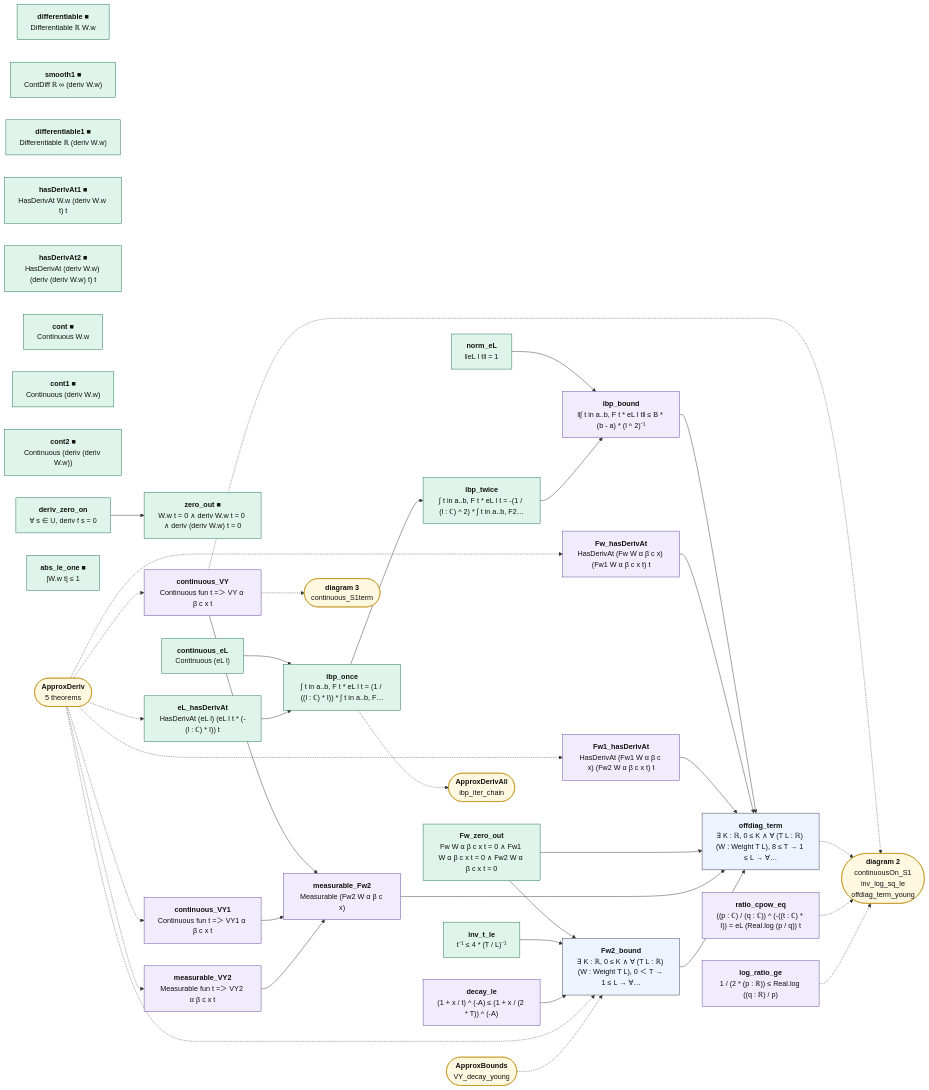
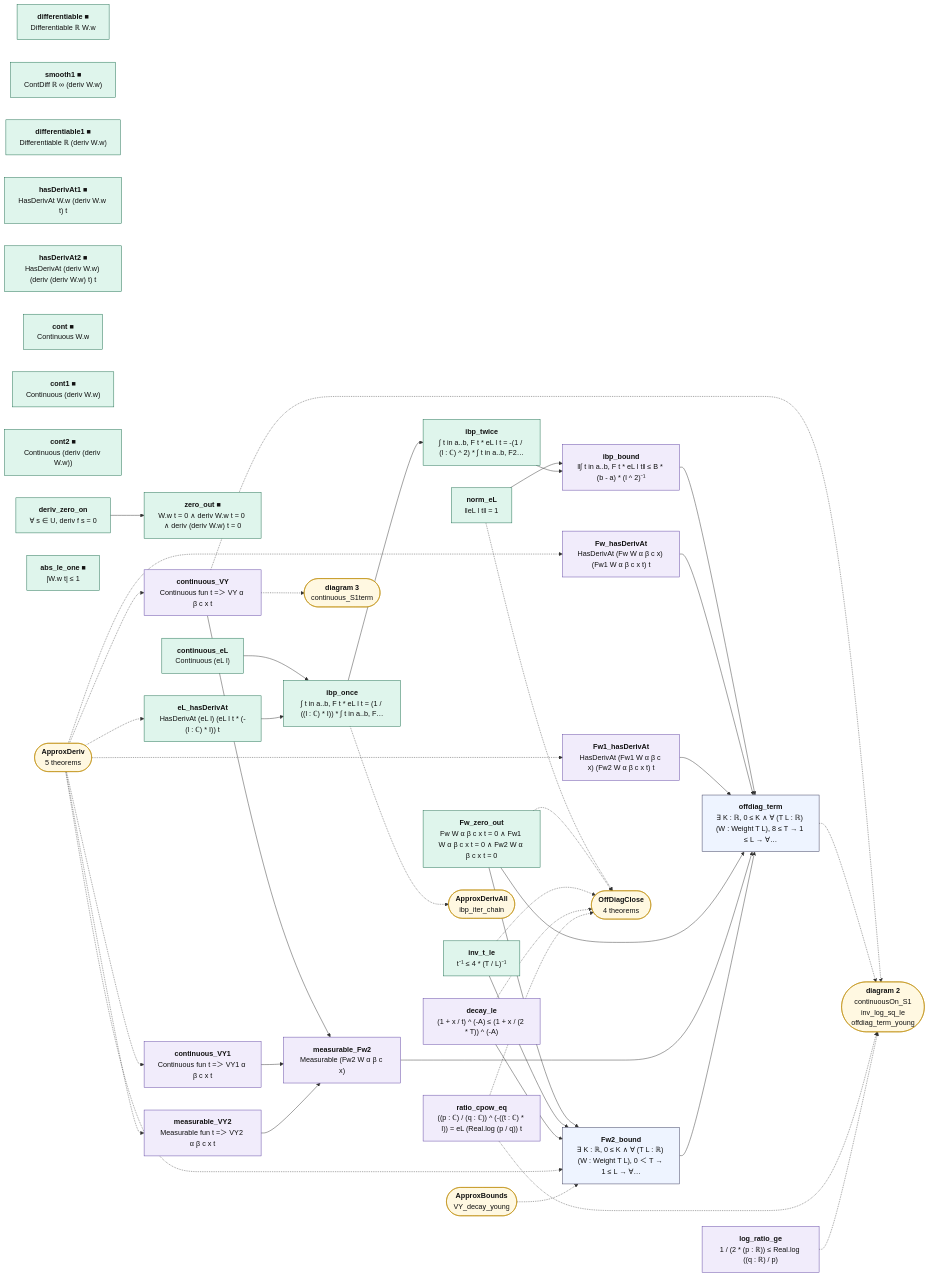
Before and after one commit to juliansambranojr/Primebeat_081426: the diagram in map/lean_stage3/TwistedMoment.1.mmd, drawn with Mermaid. The commit also changed 23 other files, not shown here.

```diff
--- a/map/lean_stage3/TwistedMoment.1.mmd
+++ b/map/lean_stage3/TwistedMoment.1.mmd
@@ -1,76 +1,82 @@
 flowchart LR
   n0["<b>differentiable ■</b><br/>Differentiable ℝ W.w"]:::cnt
   n1["<b>smooth1 ■</b><br/>ContDiff ℝ ∞ (deriv W.w)"]:::cnt
   n2["<b>differentiable1 ■</b><br/>Differentiable ℝ (deriv W.w)"]:::cnt
   n3["<b>hasDerivAt1 ■</b><br/>HasDerivAt W.w (deriv W.w t) t"]:::cnt
   n4["<b>hasDerivAt2 ■</b><br/>HasDerivAt (deriv W.w) (deriv (deriv W.w) t) t"]:::cnt
   n5["<b>cont ■</b><br/>Continuous W.w"]:::cnt
   n6["<b>cont1 ■</b><br/>Continuous (deriv W.w)"]:::cnt
   n7["<b>cont2 ■</b><br/>Continuous (deriv (deriv W.w))"]:::cnt
   n8["<b>deriv_zero_on</b><br/>∀ s ∈ U, deriv f s = 0"]:::cnt
   n9["<b>zero_out ■</b><br/>W.w t = 0 ∧ deriv W.w t = 0 ∧ deriv (deriv W.w) t = 0"]:::cnt
   n10["<b>abs_le_one ■</b><br/>|W.w t| ≤ 1"]:::cnt
   n11["<b>continuous_eL</b><br/>Continuous (eL l)"]:::cnt
   n12["<b>eL_hasDerivAt</b><br/>HasDerivAt (eL l) (eL l t * (-(l : ℂ) * I)) t"]:::cnt
   n13["<b>norm_eL</b><br/>‖eL l t‖ = 1"]:::cnt
   n14["<b>ibp_once</b><br/>∫ t in a..b, F t * eL l t = (1 / ((l : ℂ) * I)) * ∫ t in a..b, F…"]:::cnt
   n15["<b>ibp_twice</b><br/>∫ t in a..b, F t * eL l t = -(1 / (l : ℂ) ^ 2) * ∫ t in a..b, F2…"]:::cnt
   n16["<b>ibp_bound</b><br/>‖∫ t in a..b, F t * eL l t‖ ≤ B * (b - a) * (l ^ 2)⁻¹"]:::shp
   n17["<b>Fw_hasDerivAt</b><br/>HasDerivAt (Fw W α β c x) (Fw1 W α β c x t) t"]:::shp
   n18["<b>Fw1_hasDerivAt</b><br/>HasDerivAt (Fw1 W α β c x) (Fw2 W α β c x t) t"]:::shp
   n19["<b>Fw_zero_out</b><br/>Fw W α β c x t = 0 ∧ Fw1 W α β c x t = 0 ∧ Fw2 W α β c x t = 0"]:::cnt
   n20["<b>continuous_VY</b><br/>Continuous fun t =＞ VY α β c x t"]:::shp
   n21["<b>continuous_VY1</b><br/>Continuous fun t =＞ VY1 α β c x t"]:::shp
   n22["<b>measurable_VY2</b><br/>Measurable fun t =＞ VY2 α β c x t"]:::shp
   n23["<b>measurable_Fw2</b><br/>Measurable (Fw2 W α β c x)"]:::shp
   n24["<b>inv_t_le</b><br/>t⁻¹ ≤ 4 * (T / L)⁻¹"]:::cnt
   n25["<b>decay_le</b><br/>(1 + x / t) ^ (-A) ≤ (1 + x / (2 * T)) ^ (-A)"]:::shp
   n26["<b>Fw2_bound</b><br/>∃ K : ℝ, 0 ≤ K ∧ ∀ (T L : ℝ) (W : Weight T L), 0 ＜ T → 1 ≤ L → ∀…"]:::thm
   n27["<b>offdiag_term</b><br/>∃ K : ℝ, 0 ≤ K ∧ ∀ (T L : ℝ) (W : Weight T L), 8 ≤ T → 1 ≤ L → ∀…"]:::thm
   n28["<b>ratio_cpow_eq</b><br/>((p : ℂ) / (q : ℂ)) ^ (-((t : ℂ) * I)) = eL (Real.log (p / q)) t"]:::shp
   n29["<b>log_ratio_ge</b><br/>1 / (2 * (p : ℝ)) ≤ Real.log ((q : ℝ) / p)"]:::shp
   x0(["<b>ApproxDeriv</b><br/>5 theorems"]):::ext
-  x1(["<b>ApproxDerivAll</b><br/>ibp_iter_chain"]):::ext
-  x2(["<b>diagram 2</b><br/>continuousOn_S1<br/>inv_log_sq_le<br/>offdiag_term_young"]):::ext
-  x3(["<b>diagram 3</b><br/>continuous_S1term"]):::ext
-  x4(["<b>ApproxBounds</b><br/>VY_decay_young"]):::ext
+  x1(["<b>OffDiagClose</b><br/>4 theorems"]):::ext
+  x2(["<b>ApproxDerivAll</b><br/>ibp_iter_chain"]):::ext
+  x3(["<b>diagram 2</b><br/>continuousOn_S1<br/>inv_log_sq_le<br/>offdiag_term_young"]):::ext
+  x4(["<b>diagram 3</b><br/>continuous_S1term"]):::ext
+  x5(["<b>ApproxBounds</b><br/>VY_decay_young"]):::ext
   n11 --> n14
   n12 --> n14
   n13 --> n16
   n14 --> n15
   n15 --> n16
   n16 --> n27
   n17 --> n27
   n18 --> n27
   n19 --> n26
   n19 --> n27
   n20 --> n23
   n21 --> n23
   n22 --> n23
   n23 --> n27
   n24 --> n26
   n25 --> n26
   n26 --> n27
   n8 --> n9
-  n14 -.-> x1
-  n20 -.-> x2
+  n13 -.-> x1
+  n14 -.-> x2
+  n19 -.-> x1
   n20 -.-> x3
-  n27 -.-> x2
-  n28 -.-> x2
-  n29 -.-> x2
+  n20 -.-> x4
+  n24 -.-> x1
+  n25 -.-> x1
+  n27 -.-> x3
+  n28 -.-> x1
+  n28 -.-> x3
+  n29 -.-> x3
   x0 -.-> n12
   x0 -.-> n17
   x0 -.-> n18
   x0 -.-> n20
   x0 -.-> n21
   x0 -.-> n22
   x0 -.-> n26
-  x4 -.-> n26
+  x5 -.-> n26
   classDef cnt fill:#dff5ec,stroke:#17694a,color:#111
   classDef shp fill:#f1ecfb,stroke:#5b3fa0,color:#111
   classDef rh fill:#ffe5e5,stroke:#c22,color:#111,stroke-width:2px
   classDef thm fill:#eef4ff,stroke:#335,color:#111
   classDef end_ fill:#e7f7e7,stroke:#2a7,color:#111,stroke-width:2px
   classDef lone fill:#fff,stroke:#999,color:#111,stroke-dasharray:4 3
   classDef bad fill:#ffe5e5,stroke:#c22,color:#111,stroke-width:2px
   classDef ext fill:#fff8e1,stroke:#b80,color:#111
```
